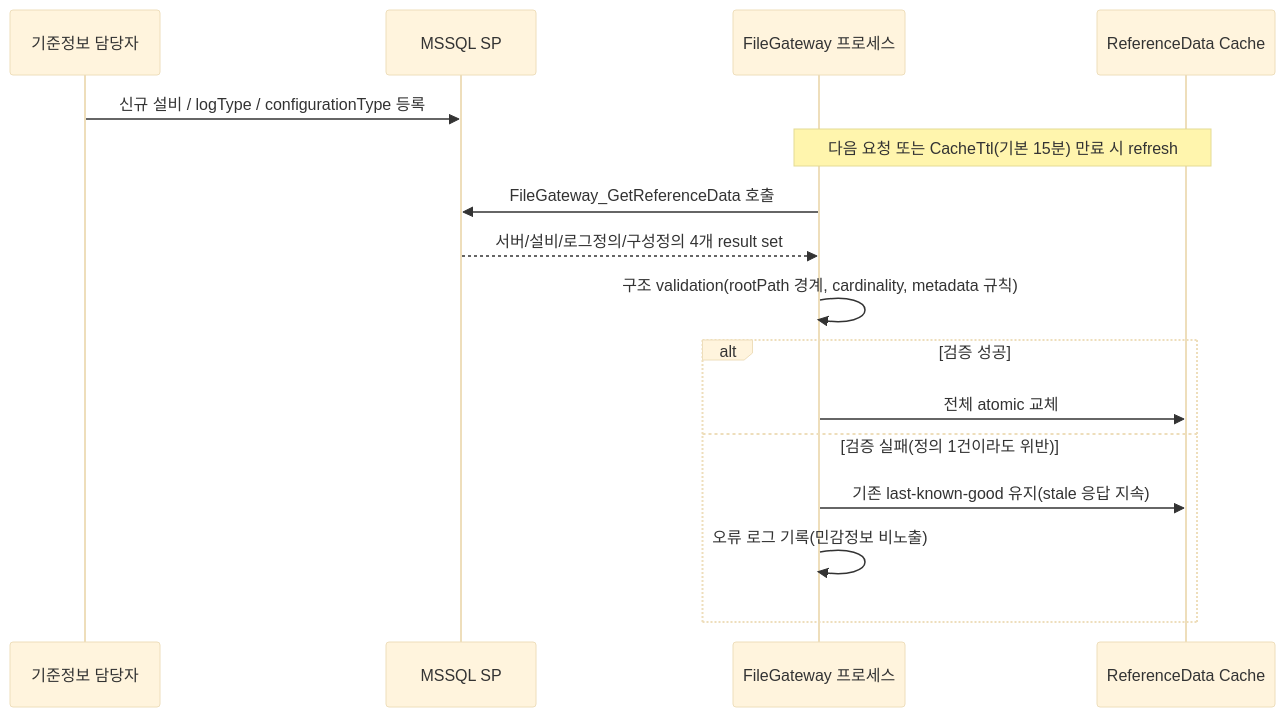
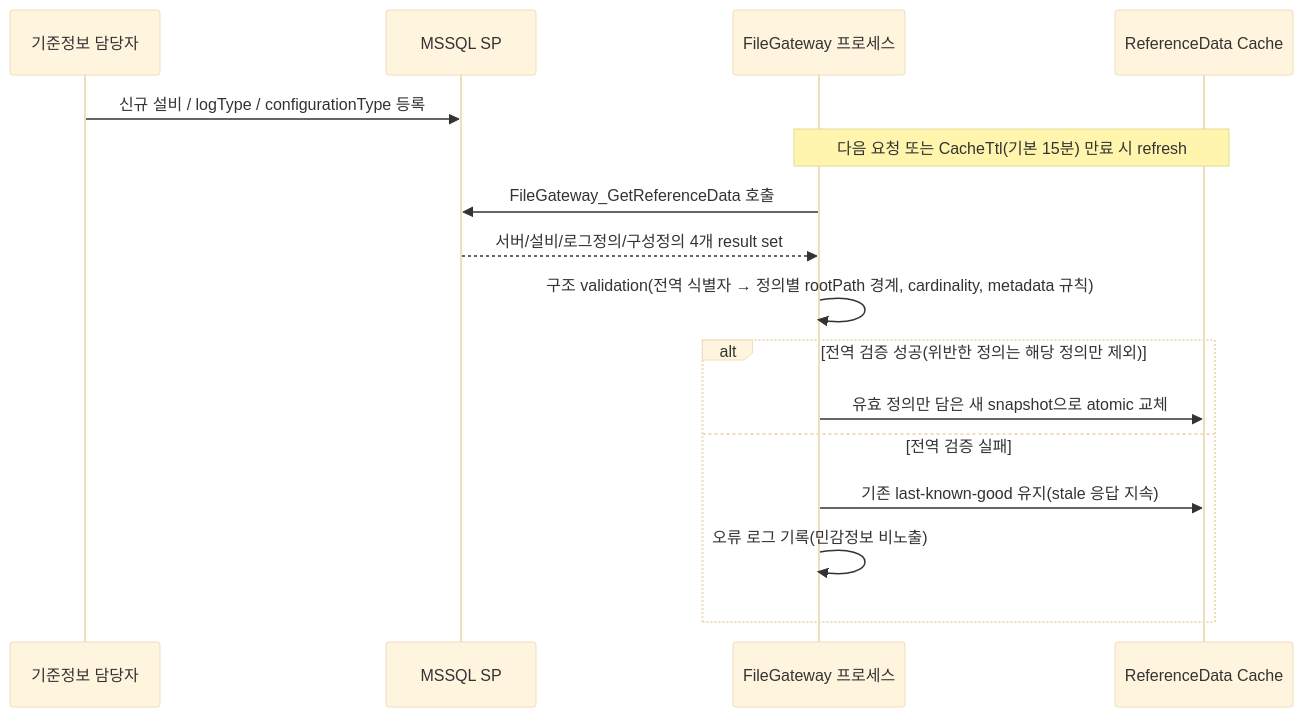
One commit to hjung3113/FileGateway changed the second of 5 diagrams in README.md. Above: the diagram before and after it, drawn with Mermaid (base theme). The commit also changed other lines of this file and 9 other files, not shown here.

````diff
--- a/README.md
+++ b/README.md
@@ -173,19 +173,19 @@
 ```mermaid
 sequenceDiagram
     participant Op as 기준정보 담당자
     participant SP as MSSQL SP
     participant GW as FileGateway 프로세스
     participant Cache as ReferenceData Cache
 
     Op->>SP: 신규 설비 / logType / configurationType 등록
     Note over GW,Cache: 다음 요청 또는 CacheTtl(기본 15분) 만료 시 refresh
     GW->>SP: FileGateway_GetReferenceData 호출
     SP-->>GW: 서버/설비/로그정의/구성정의 4개 result set
-    GW->>GW: 구조 validation(rootPath 경계, cardinality, metadata 규칙)
-    alt 검증 성공
-        GW->>Cache: 전체 atomic 교체
-    else 검증 실패(정의 1건이라도 위반)
+    GW->>GW: 구조 validation(전역 식별자 → 정의별 rootPath 경계, cardinality, metadata 규칙)
+    alt 전역 검증 성공(위반한 정의는 해당 정의만 제외)
+        GW->>Cache: 유효 정의만 담은 새 snapshot으로 atomic 교체
+    else 전역 검증 실패
         GW->>Cache: 기존 last-known-good 유지(stale 응답 지속)
         GW->>GW: 오류 로그 기록(민감정보 비노출)
     end
 ```
````
